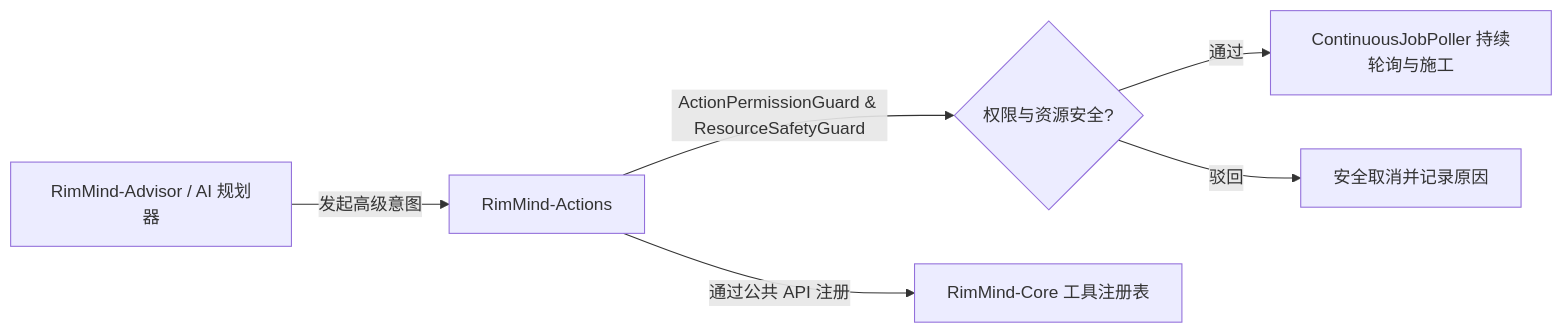
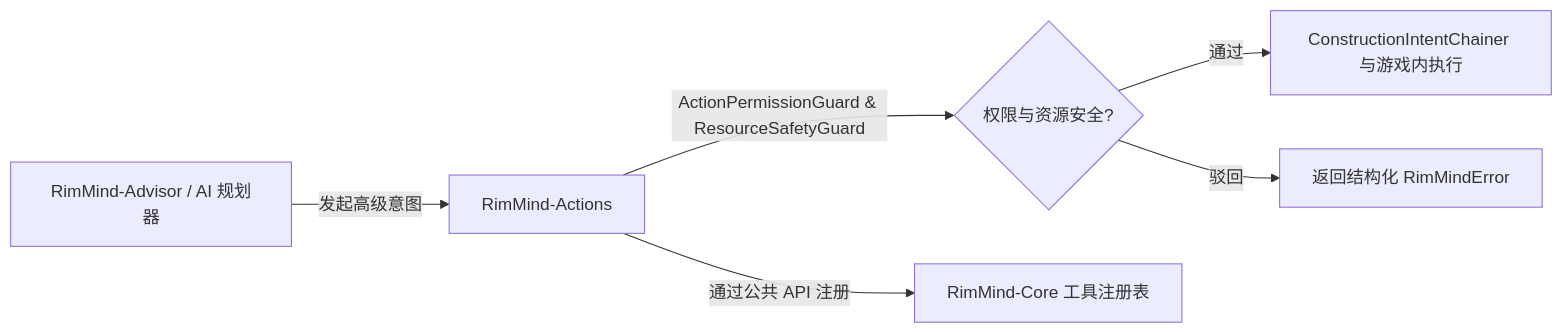
One commit to RimWorld-RimMind-Mod/RimWorld-RimMind-Mod-Actions changed the diagram in README_zh.md. Above: the diagram before and after it, drawn with Mermaid. The commit also changed other lines of this file and 41 other files, not shown here.

````diff
--- a/README_zh.md
+++ b/README_zh.md
@@ -46,8 +46,8 @@
 ```mermaid
 flowchart LR
     Advisor["RimMind-Advisor / AI 规划器"] -->|发起高级意图| Actions["RimMind-Actions"]
     Actions -->|ActionPermissionGuard & ResourceSafetyGuard| Gate{"权限与资源安全?"}
-    Gate -- 通过 --> Poller["ContinuousJobPoller 持续轮询与施工"]
-    Gate -- 驳回 --> Fallback["安全取消并记录原因"]
+    Gate -- 通过 --> Chainer["ConstructionIntentChainer 与游戏内执行"]
+    Gate -- 驳回 --> Fallback["返回结构化 RimMindError"]
     Actions -->|通过公共 API 注册| Core["RimMind-Core 工具注册表"]
 ```
````
